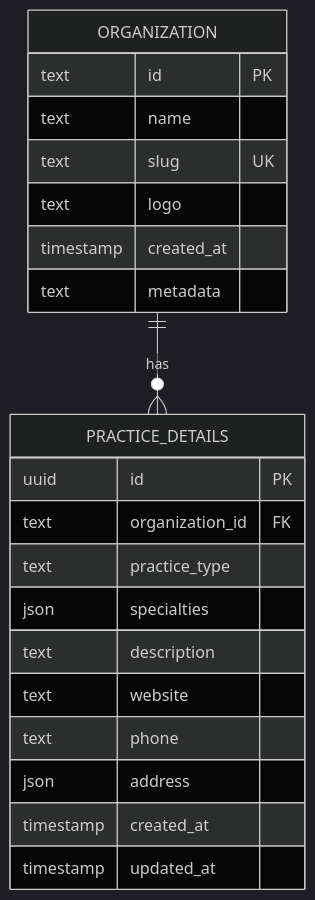
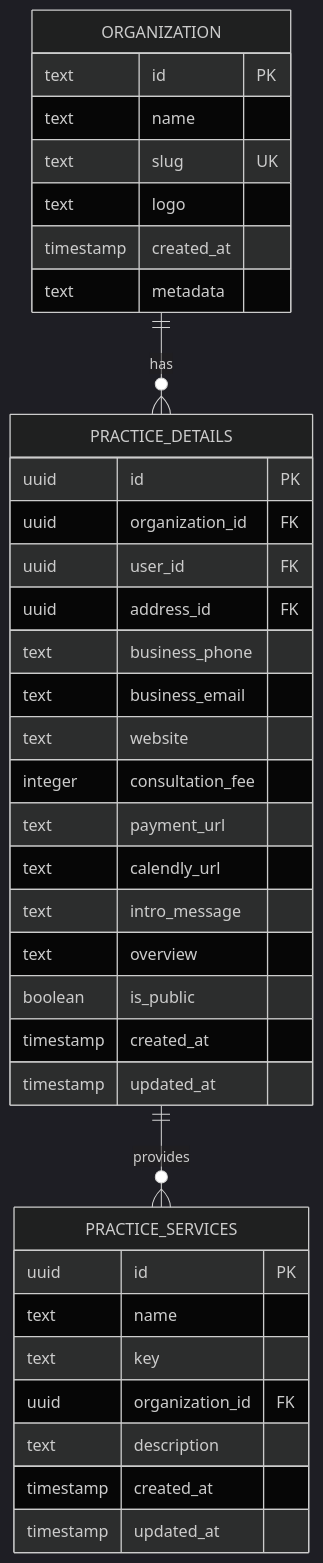
One commit to Blawby/blawby-backend changed diagram 18 of 24 in README.md. Above: the diagram before and after it, drawn with Mermaid (dark theme). The commit also changed other lines of this file and 79 other files, not shown here.

Commit message:
refactor: Overhaul the event handling system to use a new modular listener-based architecture.

````diff
--- a/README.md
+++ b/README.md
@@ -593,25 +593,41 @@
 ```mermaid
 erDiagram
     ORGANIZATION ||--o{ PRACTICE_DETAILS : has
     ORGANIZATION {
         text id PK
         text name
         text slug UK
         text logo
         timestamp created_at
         text metadata
     }
 
+    PRACTICE_DETAILS ||--o{ PRACTICE_SERVICES : provides
     PRACTICE_DETAILS {
         uuid id PK
-        text organization_id FK
-        text practice_type
-        json specialties
+        uuid organization_id FK
+        uuid user_id FK
+        uuid address_id FK
+        text business_phone
+        text business_email
+        text website
+        integer consultation_fee
+        text payment_url
+        text calendly_url
+        text intro_message
+        text overview
+        boolean is_public
+        timestamp created_at
+        timestamp updated_at
+    }
+
+    PRACTICE_SERVICES {
+        uuid id PK
+        text name
+        text key
+        uuid organization_id FK
         text description
-        text website
-        text phone
-        json address
         timestamp created_at
         timestamp updated_at
     }
 ```
````
